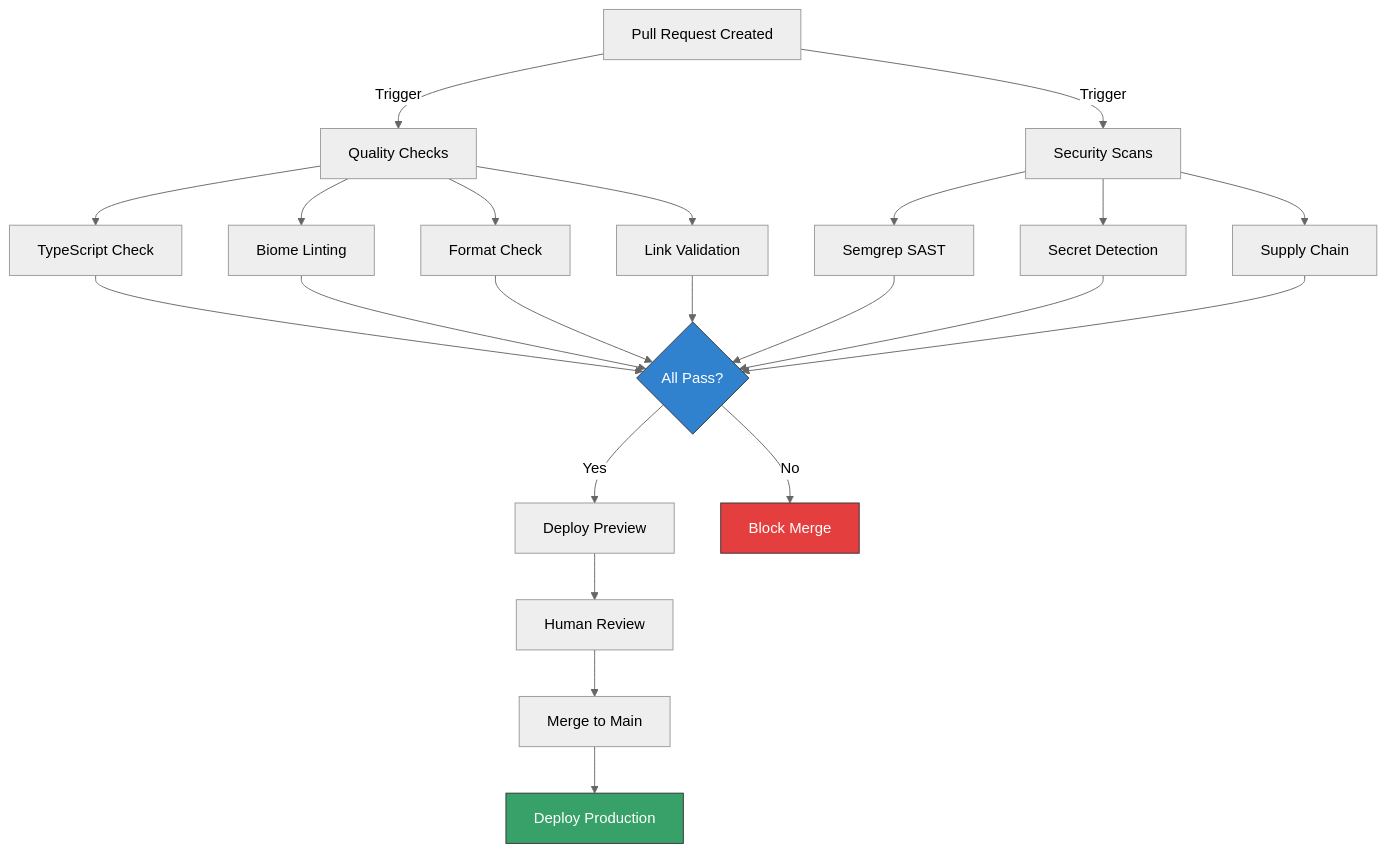
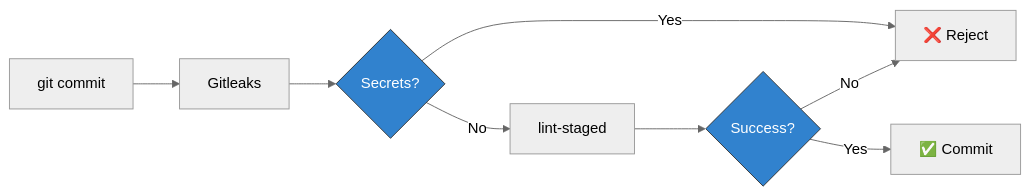
Before and after one commit to team4procoaching/website: the second of 2 diagrams in docs/DEVELOPMENT.md, drawn with Mermaid (neutral theme). The commit also changed other lines of this file and 4 other files, not shown here.

````diff
--- a/docs/DEVELOPMENT.md
+++ b/docs/DEVELOPMENT.md
@@ -276,33 +451,13 @@
 ```mermaid
-graph TD
-    PR[Pull Request Created] -->|Trigger| CI_Quality[Quality Checks]
-    PR -->|Trigger| CI_Security[Security Scans]
+graph LR
+    A[git commit] --> B[Gitleaks]
+    B --> C{Secrets?}
+    C -->|Yes| D[❌ Reject]
+    C -->|No| E[lint-staged]
+    E --> F{Success?}
+    F -->|Yes| G[✅ Commit]
+    F -->|No| D
 
-    CI_Quality --> TypeCheck[TypeScript Check]
-    CI_Quality --> Lint[Biome Linting]
-    CI_Quality --> Format[Format Check]
-    CI_Quality --> Links[Link Validation]
-
-    CI_Security --> Semgrep[Semgrep SAST]
-    CI_Security --> GitGuardian[Secret Detection]
-    CI_Security --> Socket[Supply Chain]
-
-    TypeCheck --> Gate{All Pass?}
-    Lint --> Gate
-    Format --> Gate
-    Links --> Gate
-    Semgrep --> Gate
-    GitGuardian --> Gate
-    Socket --> Gate
-
-    Gate -->|Yes| Preview[Deploy Preview]
-    Gate -->|No| Fail[Block Merge]
-
-    Preview --> Review[Human Review]
-    Review --> Merge[Merge to Main]
-    Merge --> Production[Deploy Production]
-
-    style Gate fill:#3182ce,stroke:#333,color:#fff
-    style Production fill:#38a169,stroke:#333,color:#fff
-    style Fail fill:#e53e3e,stroke:#333,color:#fff
+    style C fill:#3182ce,stroke:#333,color:#fff
+    style F fill:#3182ce,stroke:#333,color:#fff
 ```
````
